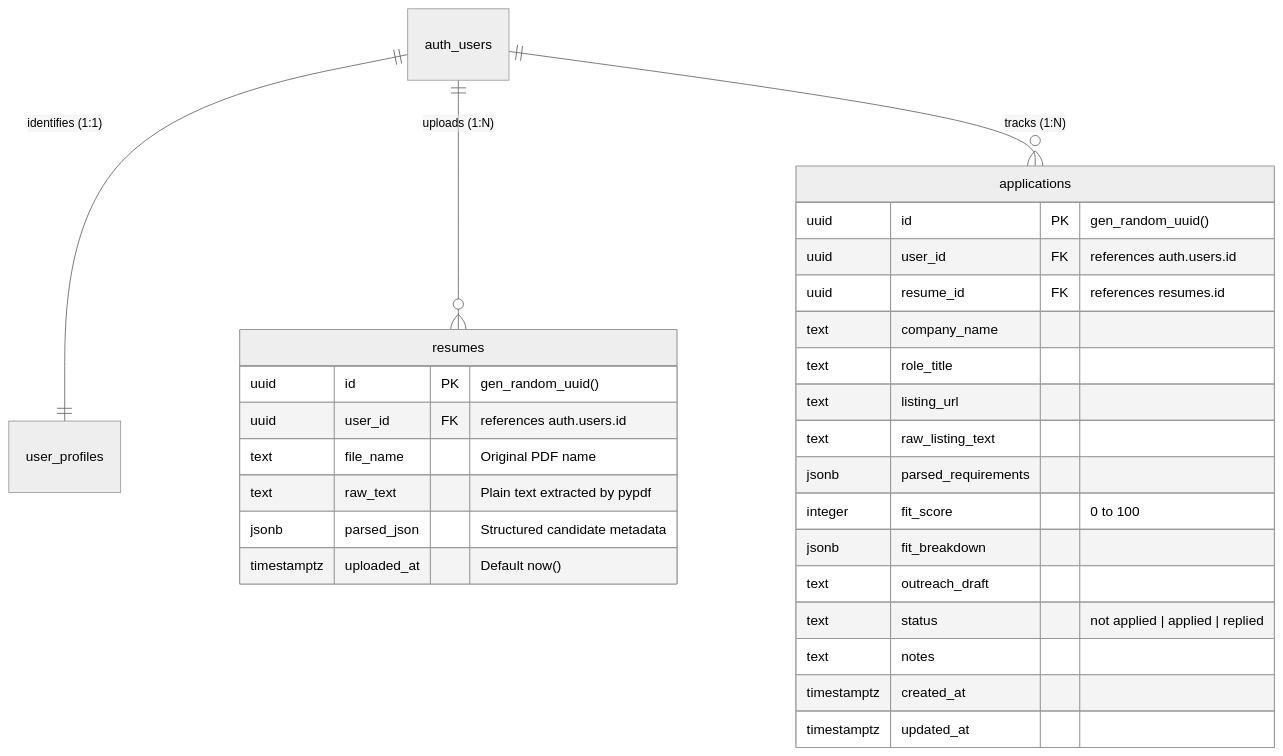
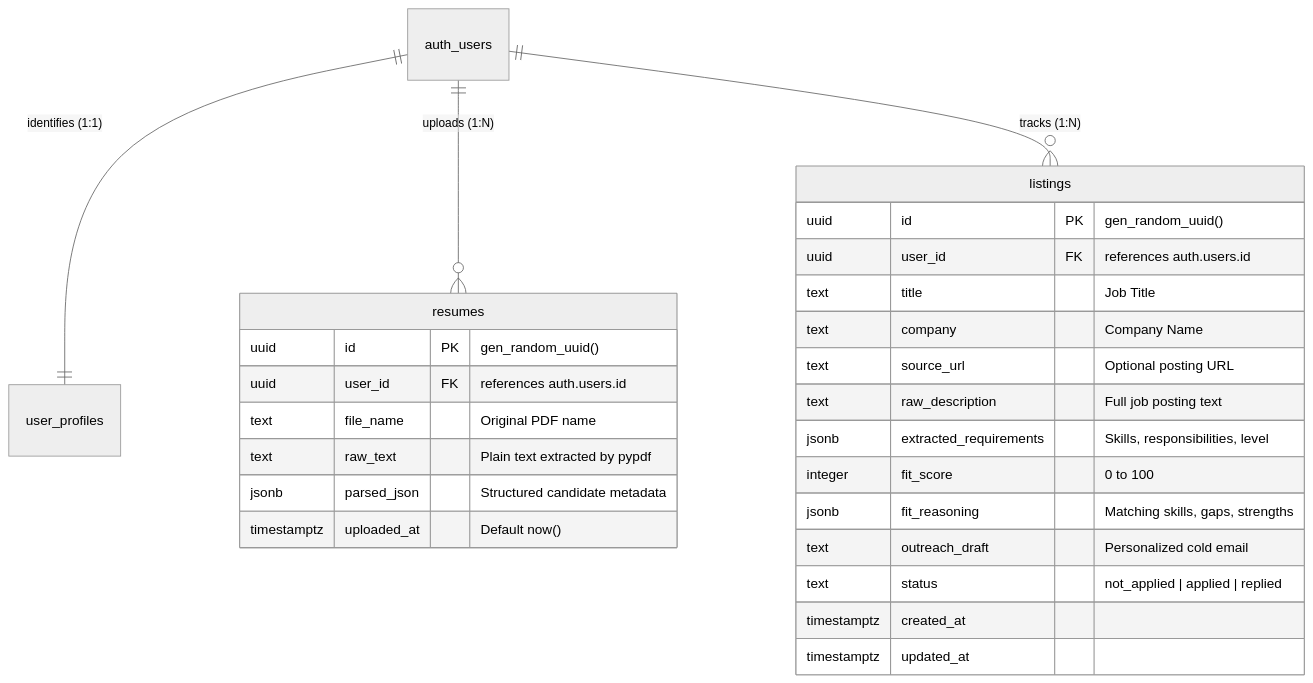
The diagram in PROJECT_STATE.md (tirthm2538-beep/internagent), drawn with Mermaid (neutral theme) before and after one commit. The commit also changed other lines of this file and 6 other files, not shown here.

Commit message:
feat: complete step 3 - listing fit-scoring and outreach engine, new listing page, and tracker dashboard

````diff
--- a/PROJECT_STATE.md
+++ b/PROJECT_STATE.md
@@ -58,33 +65,31 @@
 ```mermaid
 erDiagram
     auth_users ||--|| user_profiles : "identifies (1:1)"
     auth_users ||--o{ resumes : "uploads (1:N)"
-    auth_users ||--o{ applications : "tracks (1:N)"
+    auth_users ||--o{ listings : "tracks (1:N)"
 
     resumes {
         uuid id PK "gen_random_uuid()"
         uuid user_id FK "references auth.users.id"
         text file_name "Original PDF name"
         text raw_text "Plain text extracted by pypdf"
         jsonb parsed_json "Structured candidate metadata"
         timestamptz uploaded_at "Default now()"
     }
 
-    applications {
+    listings {
         uuid id PK "gen_random_uuid()"
         uuid user_id FK "references auth.users.id"
-        uuid resume_id FK "references resumes.id"
-        text company_name
-        text role_title
-        text listing_url
-        text raw_listing_text
-        jsonb parsed_requirements
+        text title "Job Title"
+        text company "Company Name"
+        text source_url "Optional posting URL"
+        text raw_description "Full job posting text"
+        jsonb extracted_requirements "Skills, responsibilities, level"
         integer fit_score "0 to 100"
-        jsonb fit_breakdown
-        text outreach_draft
-        text status "not applied | applied | replied"
-        text notes
+        jsonb fit_reasoning "Matching skills, gaps, strengths"
+        text outreach_draft "Personalized cold email"
+        text status "not_applied | applied | replied"
         timestamptz created_at
         timestamptz updated_at
     }
 ```
````
